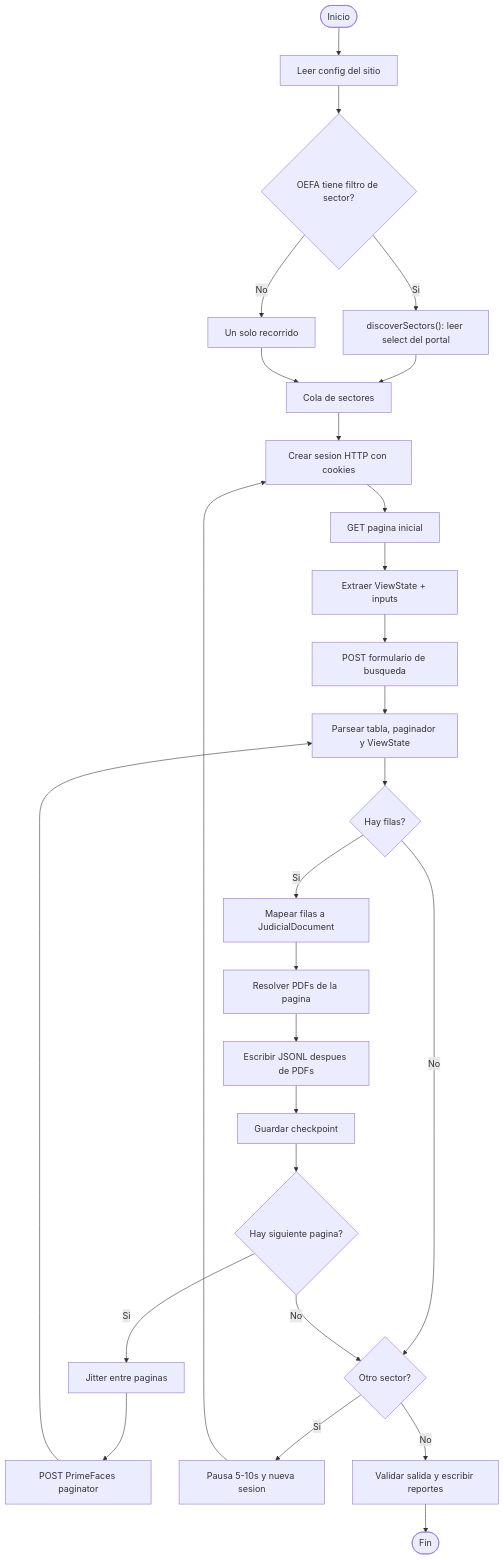
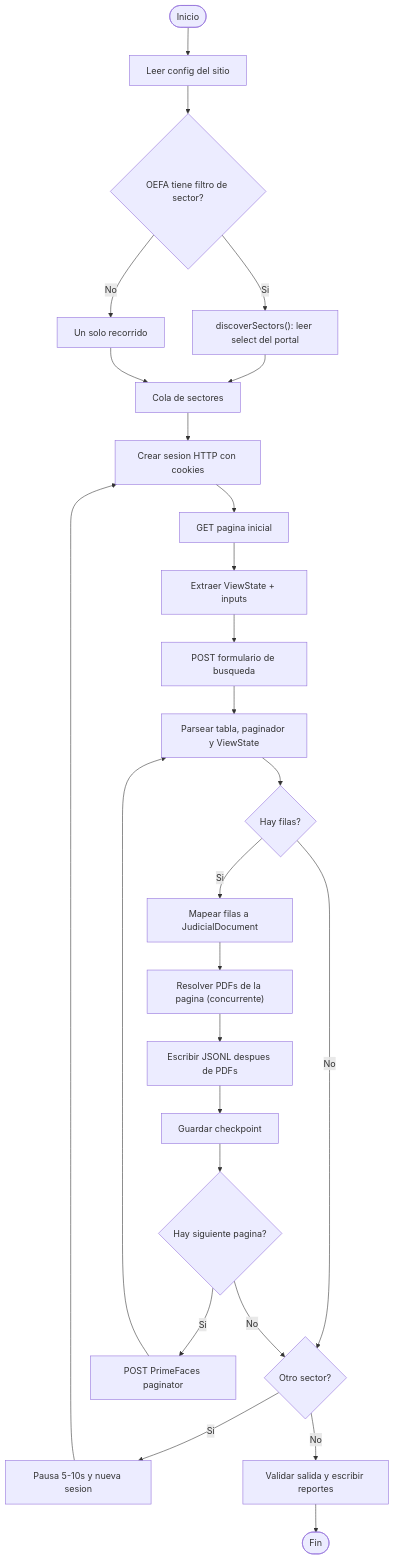
The second of 4 diagrams in README.md (GatoProgramador-01/pj-peru-scraper), drawn with Mermaid before and after one commit. The commit also changed other lines of this file, not shown here.

First line of the commit message:
docs(readme): update sprint results and fix stale prefetch diagram

````diff
--- a/README.md
+++ b/README.md
@@ -102,30 +122,29 @@
 ```mermaid
 flowchart TD
     Start([Inicio]) --> Config["Leer config del sitio"]
     Config --> Sectors{"OEFA tiene filtro de sector?"}
     Sectors -->|Si| Discover["discoverSectors(): leer select del portal"]
     Sectors -->|No| One["Un solo recorrido"]
     Discover --> Queue["Cola de sectores"]
     One --> Queue
 
     Queue --> Session["Crear sesion HTTP con cookies"]
     Session --> FirstGet["GET pagina inicial"]
     FirstGet --> ParseState["Extraer ViewState + inputs"]
     ParseState --> Search["POST formulario de busqueda"]
     Search --> Page["Parsear tabla, paginador y ViewState"]
     Page --> Rows{"Hay filas?"}
     Rows -->|No| NextSector{"Otro sector?"}
     Rows -->|Si| Docs["Mapear filas a JudicialDocument"]
-    Docs --> PdfFlow["Resolver PDFs de la pagina"]
+    Docs --> PdfFlow["Resolver PDFs de la pagina (concurrente)"]
     PdfFlow --> Write["Escribir JSONL despues de PDFs"]
     Write --> Checkpoint["Guardar checkpoint"]
     Checkpoint --> MorePages{"Hay siguiente pagina?"}
-    MorePages -->|Si| Delay["Jitter entre paginas"]
-    Delay --> NextPost["POST PrimeFaces paginator"]
+    MorePages -->|Si| NextPost["POST PrimeFaces paginator"]
     NextPost --> Page
     MorePages -->|No| NextSector
     NextSector -->|Si| Pause["Pausa 5-10s y nueva sesion"]
     Pause --> Session
     NextSector -->|No| Reports["Validar salida y escribir reportes"]
     Reports --> End([Fin])
 ```
````
